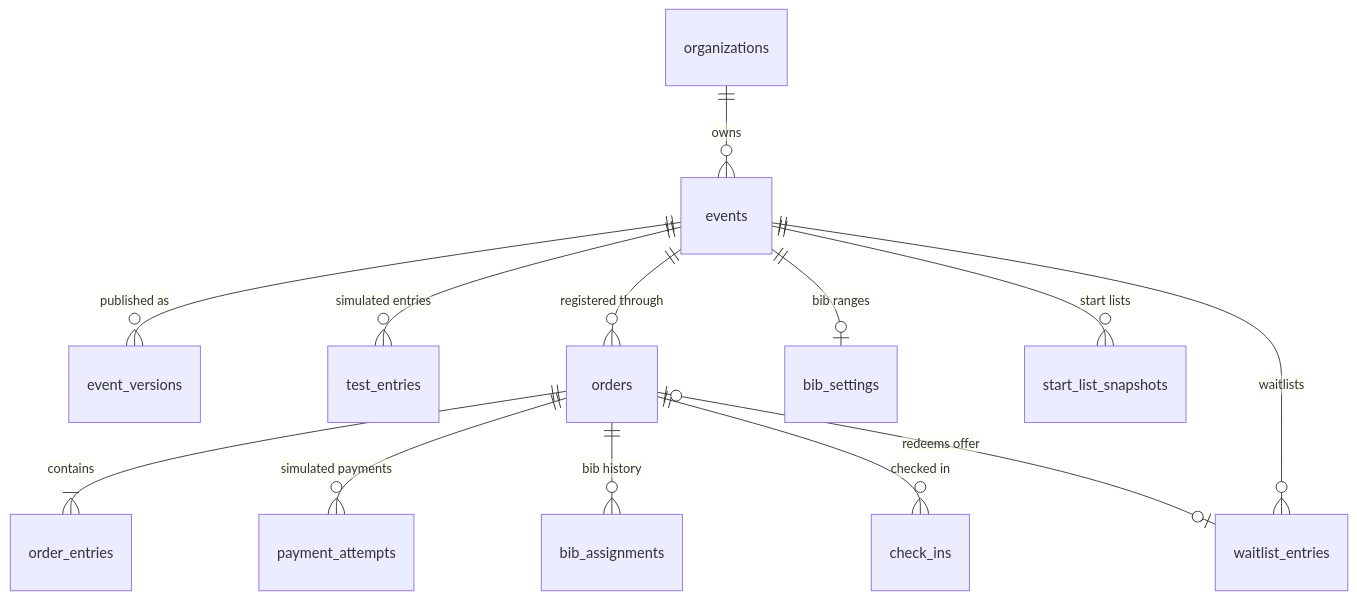
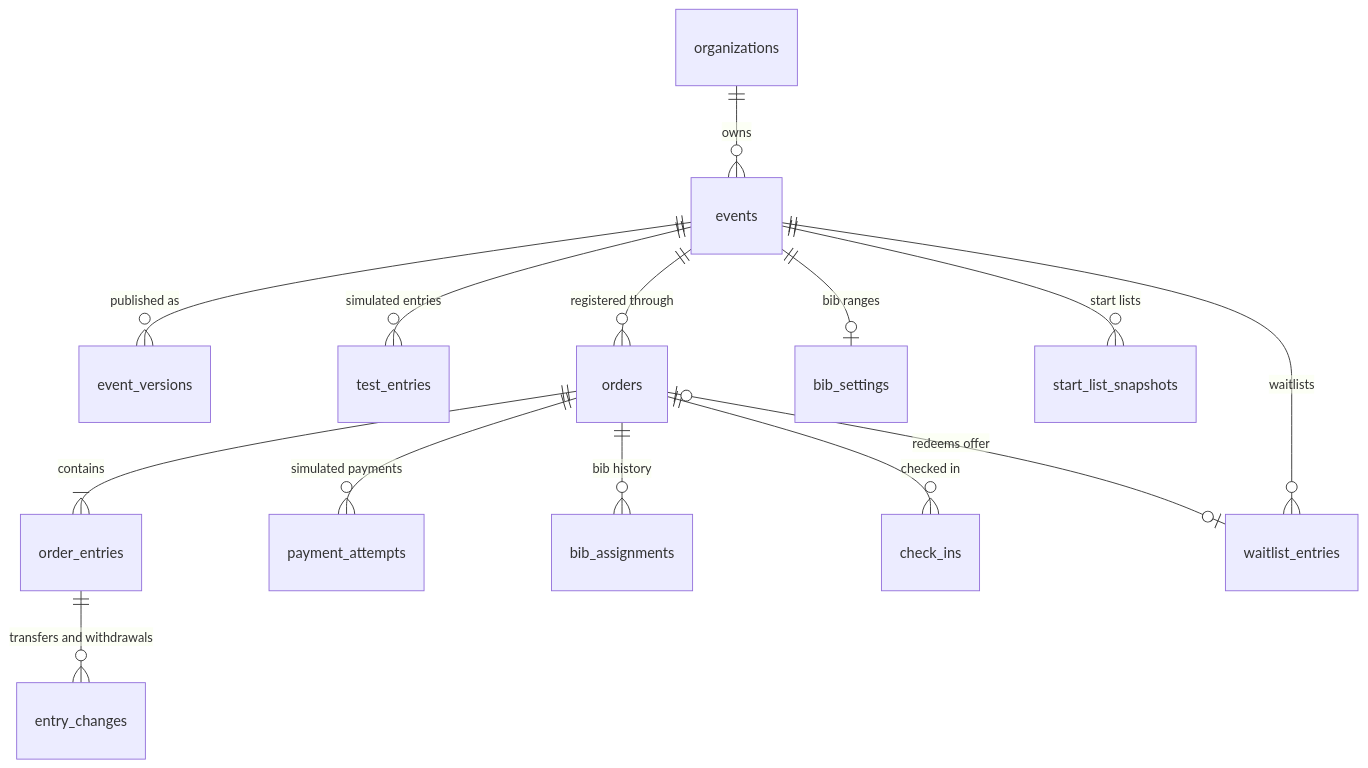
One commit to kchan1028/event-registration changed the first of 2 diagrams in DATA_MODEL.md. Above: the diagram before and after it, drawn with Mermaid. The commit also changed other lines of this file and 11 other files, not shown here.

First line of the commit message:
feat(registrations): organizer transfers and withdrawals of paid entries (#35)

````diff
--- a/DATA_MODEL.md
+++ b/DATA_MODEL.md
@@ -27,15 +27,16 @@
 ```mermaid
 erDiagram
     organizations ||--o{ events : owns
     events ||--o{ event_versions : "published as"
     events ||--o{ test_entries : "simulated entries"
     events ||--o{ orders : "registered through"
     orders ||--|{ order_entries : contains
     orders ||--o{ payment_attempts : "simulated payments"
     events ||--o| bib_settings : "bib ranges"
     orders ||--o{ bib_assignments : "bib history"
     orders ||--o{ check_ins : "checked in"
     events ||--o{ start_list_snapshots : "start lists"
     events ||--o{ waitlist_entries : "waitlists"
     orders |o--o| waitlist_entries : "redeems offer"
+    order_entries ||--o{ entry_changes : "transfers and withdrawals"
 ```
````
